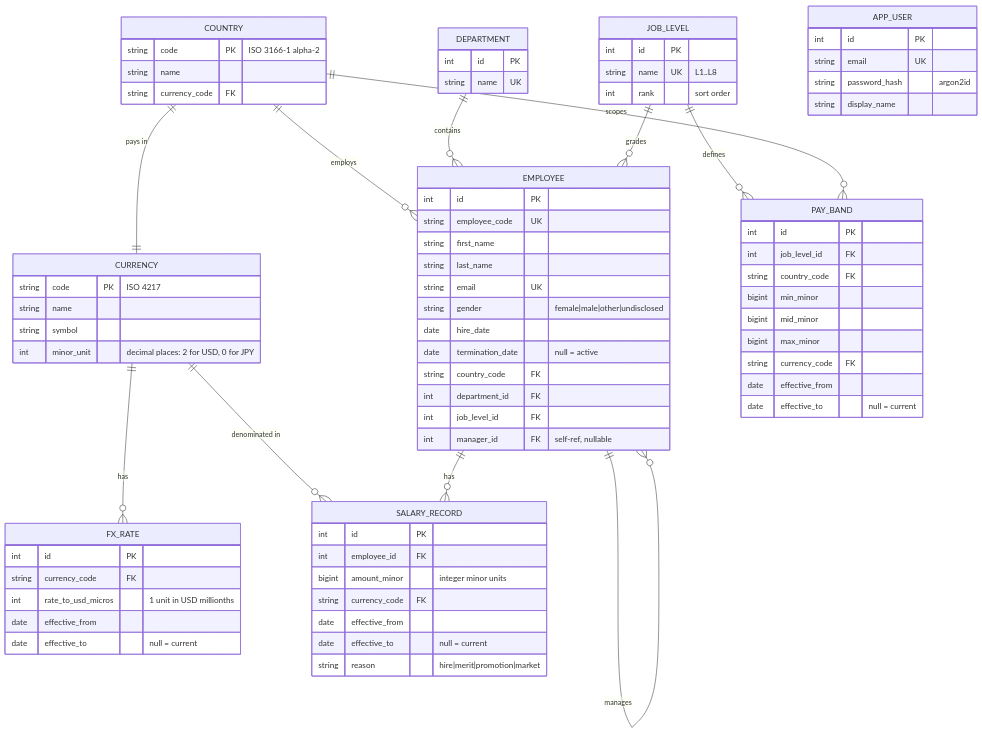
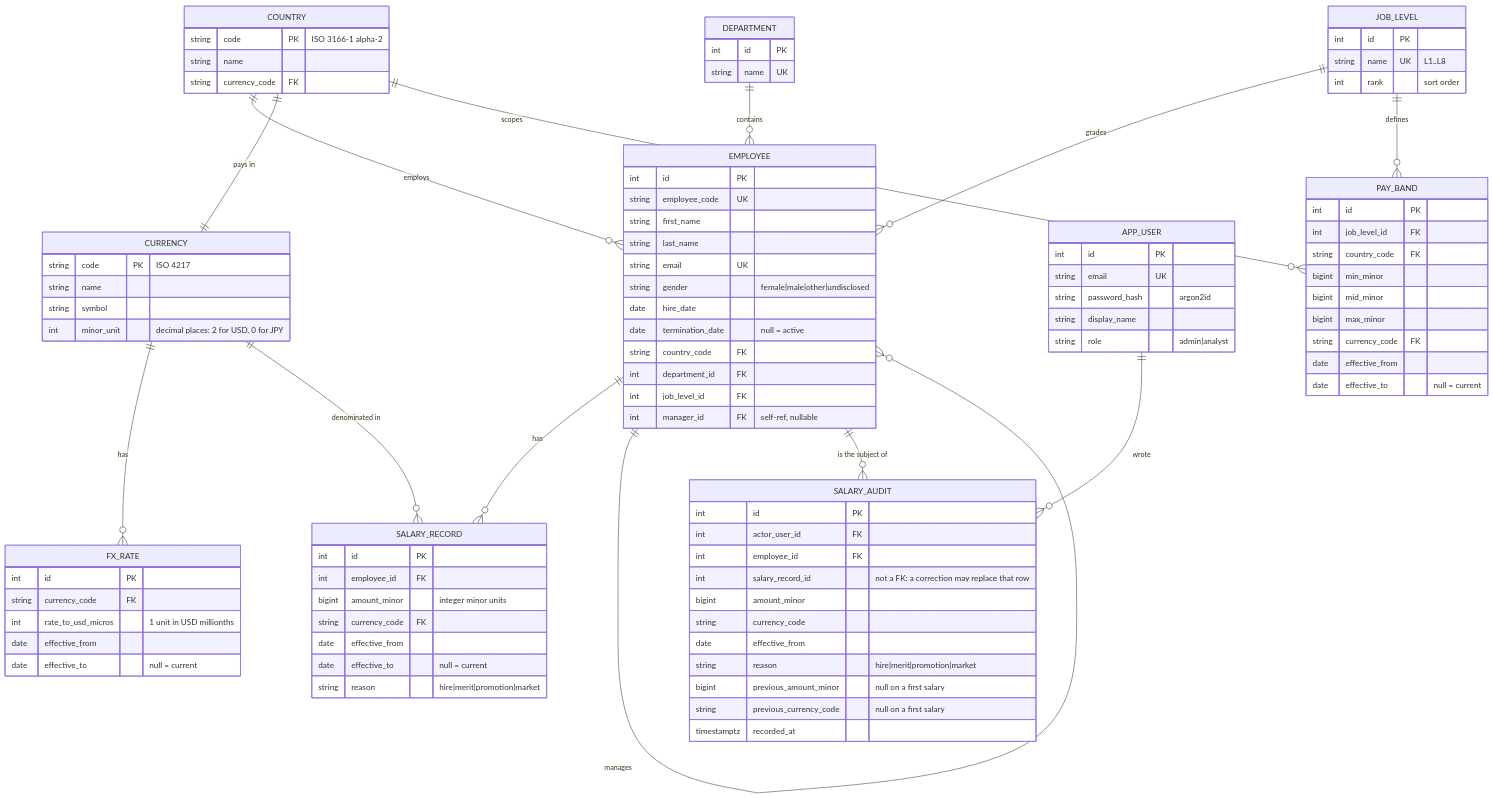
One commit to iamakbarsha1/paybands changed the diagram in docs/data-model.md. Above: the diagram before and after it, drawn with Mermaid. The commit also changed other lines of this file and 6 other files, not shown here.

````diff
--- a/docs/data-model.md
+++ b/docs/data-model.md
@@ -14,6 +14,8 @@
     JOB_LEVEL ||--o{ EMPLOYEE : "grades"
     EMPLOYEE ||--o{ SALARY_RECORD : "has"
     EMPLOYEE ||--o{ EMPLOYEE : "manages"
+    EMPLOYEE ||--o{ SALARY_AUDIT : "is the subject of"
+    APP_USER ||--o{ SALARY_AUDIT : "wrote"
     JOB_LEVEL ||--o{ PAY_BAND : "defines"
     COUNTRY ||--o{ PAY_BAND : "scopes"
 
@@ -83,5 +85,19 @@
         string email UK
         string password_hash "argon2id"
         string display_name
+        string role "admin|analyst"
+    }
+    SALARY_AUDIT {
+        int id PK
+        int actor_user_id FK
+        int employee_id FK
+        int salary_record_id "not a FK: a correction may replace that row"
+        bigint amount_minor
+        string currency_code
+        date effective_from
+        string reason "hire|merit|promotion|market"
+        bigint previous_amount_minor "null on a first salary"
+        string previous_currency_code "null on a first salary"
+        timestamptz recorded_at
     }
 ```
````
